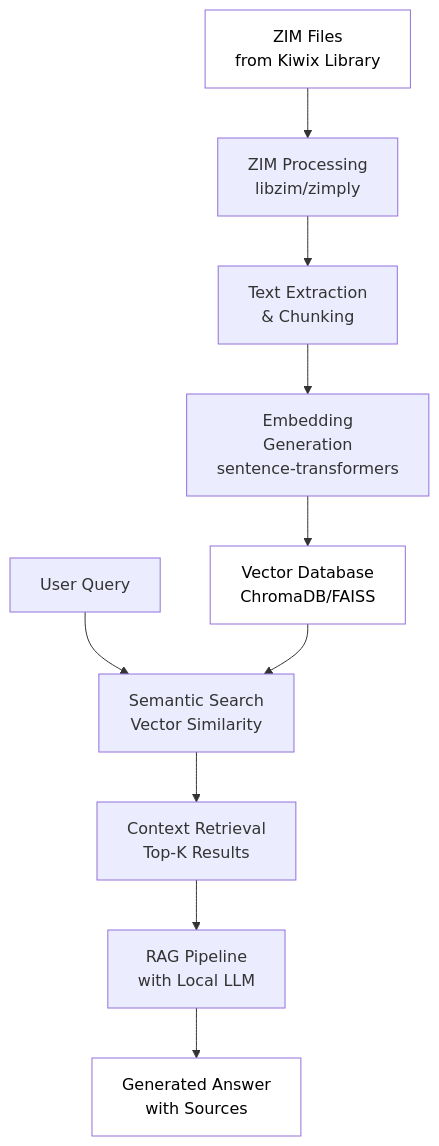
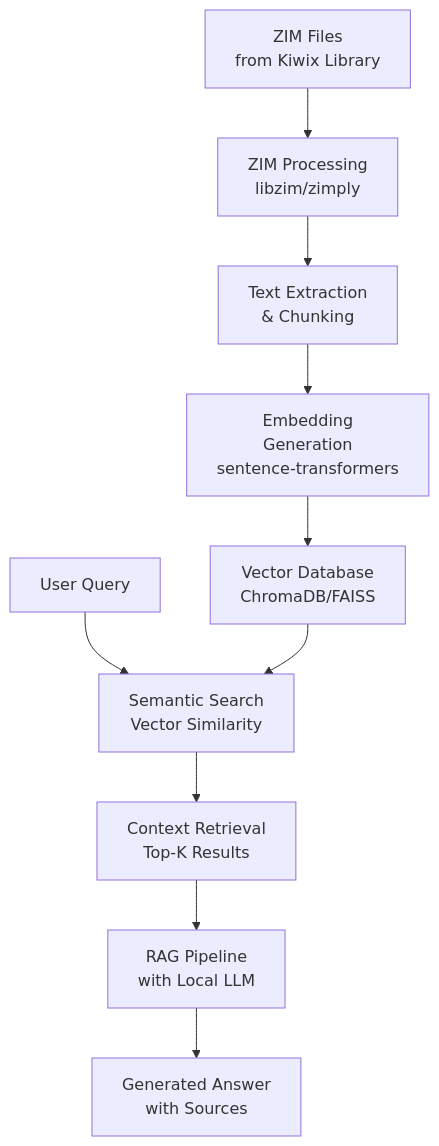
One commit to rouralberto/zim-llm changed the diagram in README.md. Above: the diagram before and after it, drawn with Mermaid. The commit also changed other lines of this file, not shown here.

Commit message:
Added Wikimedia Dump to readme links

````diff
--- a/README.md
+++ b/README.md
@@ -7,20 +7,14 @@
 ```mermaid
 graph TB
     A[ZIM Files<br/>from Kiwix Library] --> B[ZIM Processing<br/>libzim/zimply]
     B --> C[Text Extraction<br/>& Chunking]
     C --> D[Embedding<br/>Generation<br/>sentence-transformers]
     D --> E[Vector Database<br/>ChromaDB/FAISS]
 
     F[User Query] --> G[Semantic Search<br/>Vector Similarity]
     G --> H[Context Retrieval<br/>Top-K Results]
     H --> I[RAG Pipeline<br/>with Local LLM]
     I --> J[Generated Answer<br/>with Sources]
 
     E --> G
-    style A fill:#ffffff
-    style A color:#000000
-    style E fill:#ffffff
-    style E color:#000000
-    style J fill:#ffffff
-    style J color:#000000
 ```
````
